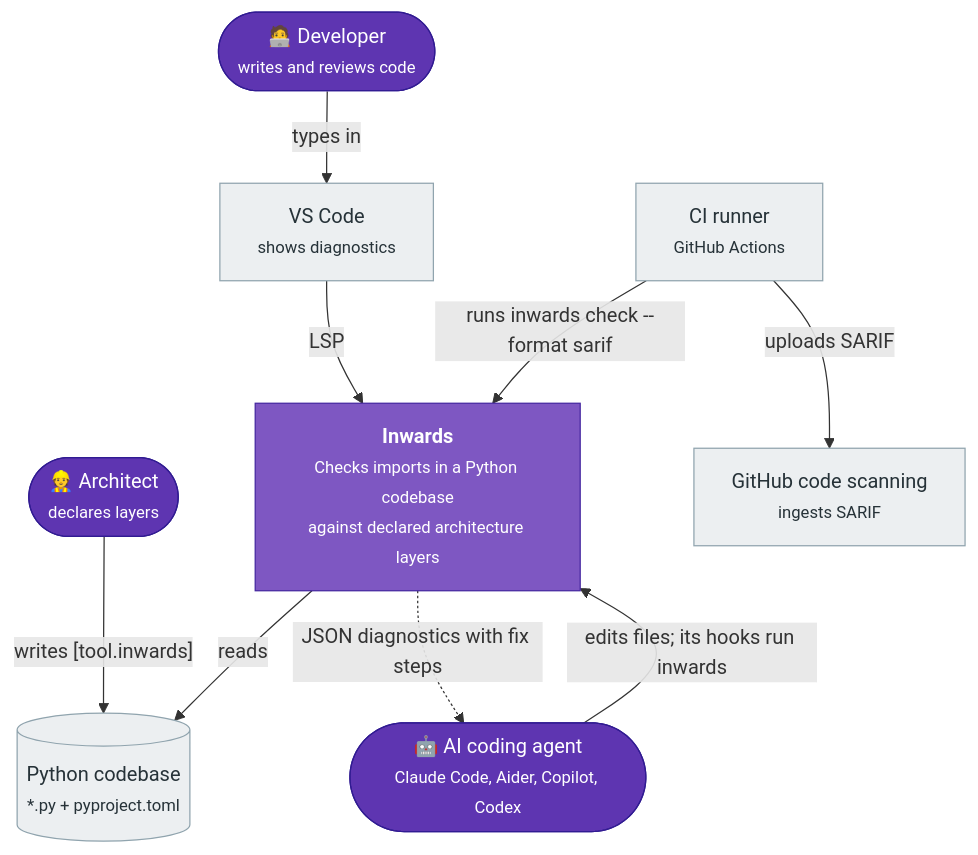
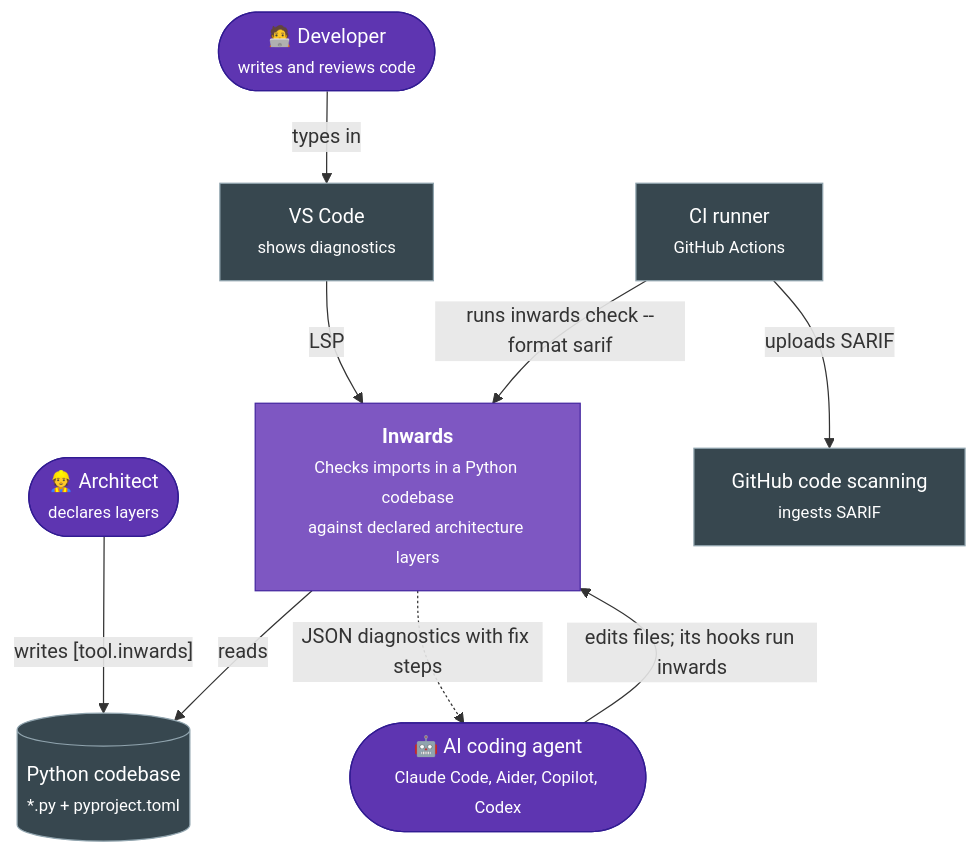
The first of 6 diagrams in docs/chapters/03-Architecture-C4.md (SirCypkowskyy/inwards), drawn with Mermaid before and after one commit. The commit also changed other lines of this file and 9 other files, not shown here.

````diff
--- a/docs/chapters/03-Architecture-C4.md
+++ b/docs/chapters/03-Architecture-C4.md
@@ -12,29 +12,29 @@
 ```mermaid
 flowchart TB
     architect(["👷 Architect<br/><small>declares layers</small>"])
     dev(["🧑‍💻 Developer<br/><small>writes and reviews code</small>"])
     agent(["🤖 AI coding agent<br/><small>Claude Code, Aider, Copilot, Codex</small>"])
 
     inwards["<b>Inwards</b><br/><small>Checks imports in a Python codebase<br/>against declared architecture layers</small>"]
 
     repo[("Python codebase<br/><small>*.py + pyproject.toml</small>")]
     editor["VS Code<br/><small>shows diagnostics</small>"]
     ci["CI runner<br/><small>GitHub Actions</small>"]
     scanning["GitHub code scanning<br/><small>ingests SARIF</small>"]
 
     architect -- "writes [tool.inwards]" --> repo
     agent -- "edits files; its hooks run inwards" --> inwards
     dev -- "types in" --> editor
     editor -- "LSP" --> inwards
     ci -- "runs inwards check --format sarif" --> inwards
     inwards -- "reads" --> repo
     ci -- "uploads SARIF" --> scanning
     inwards -. "JSON diagnostics with fix steps" .-> agent
 
     classDef person fill:#5e35b1,color:#fff,stroke:#311b92
     classDef system fill:#7e57c2,color:#fff,stroke:#4527a0
-    classDef ext fill:#eceff1,color:#263238,stroke:#90a4ae
+    classDef ext fill:#37474f,color:#fff,stroke:#90a4ae
     class architect,dev,agent person
     class inwards system
     class repo,editor,ci,scanning ext
 ```
````
